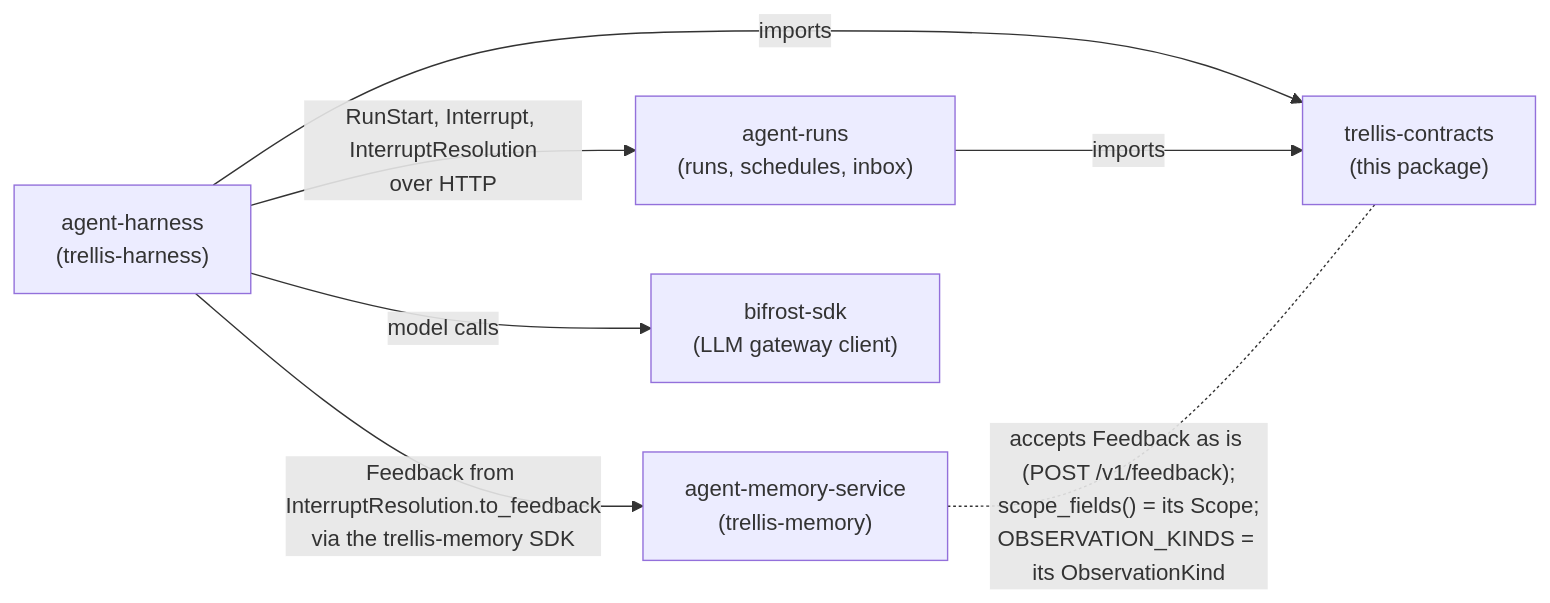
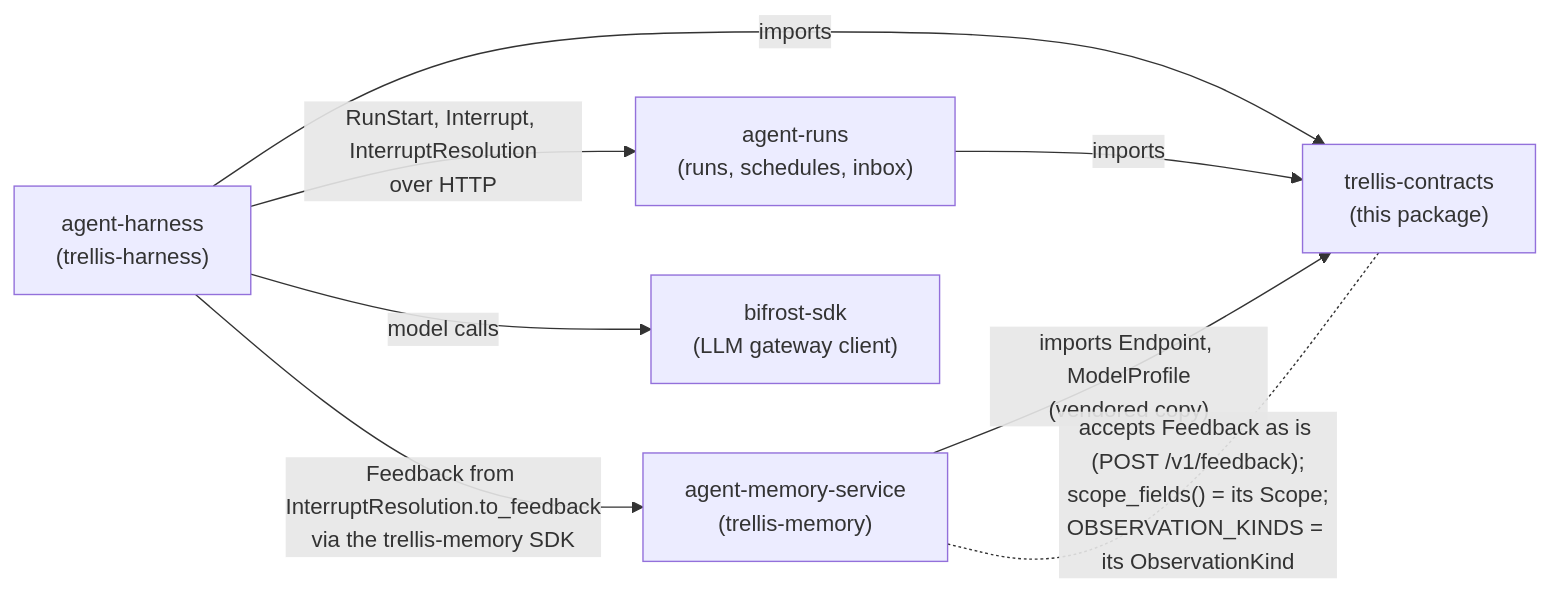
One commit to amitmohapatra/agent-contracts changed the first of 12 diagrams in docs/ARCHITECTURE.md. Above: the diagram before and after it, drawn with Mermaid. The commit also changed other lines of this file and 2 other files, not shown here.

First line of the commit message:
Docs: the compatibility table gives today's pins; the Memory Service imports Endpoint and ModelProfile

````diff
--- a/docs/ARCHITECTURE.md
+++ b/docs/ARCHITECTURE.md
@@ -34,15 +35,16 @@
 ```mermaid
 flowchart LR
   CT["trellis-contracts<br/>(this package)"]
   H["agent-harness<br/>(trellis-harness)"]
   R["agent-runs<br/>(runs, schedules, inbox)"]
   M["agent-memory-service<br/>(trellis-memory)"]
   B["bifrost-sdk<br/>(LLM gateway client)"]
 
   H -->|imports| CT
   R -->|imports| CT
   H -->|"RunStart, Interrupt, InterruptResolution<br/>over HTTP"| R
   H -->|"Feedback from InterruptResolution.to_feedback<br/>via the trellis-memory SDK"| M
   H -->|model calls| B
+  M -->|"imports Endpoint, ModelProfile<br/>(vendored copy)"| CT
   M -. "accepts Feedback as is (POST /v1/feedback);<br/>scope_fields() = its Scope;<br/>OBSERVATION_KINDS = its ObservationKind" .- CT
 ```
````
